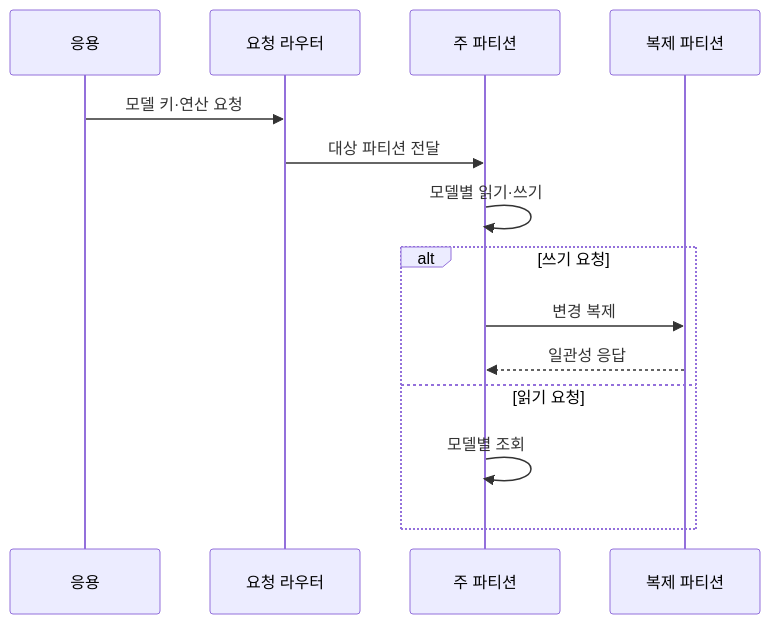
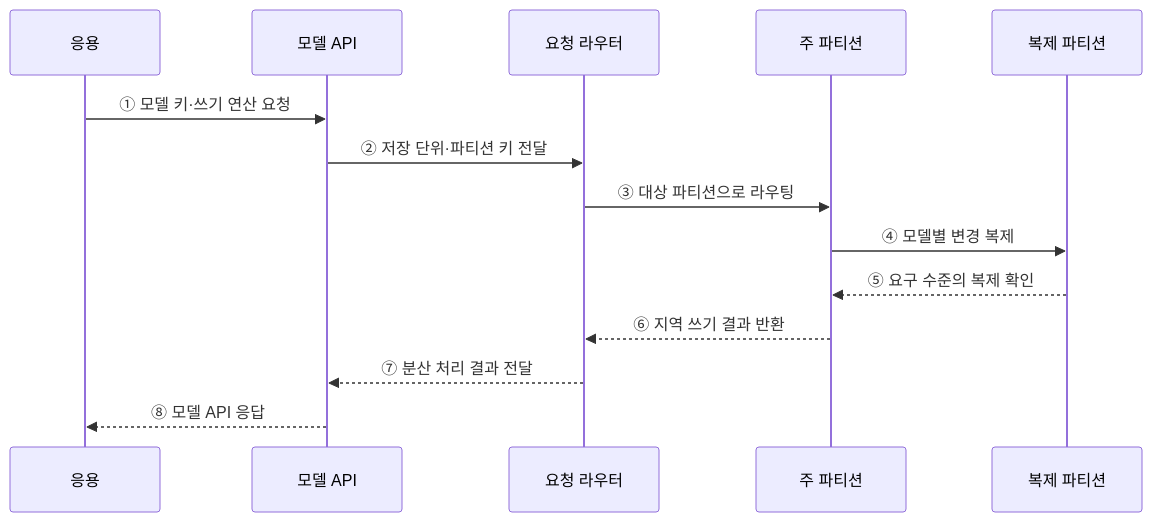
One commit to agnusdei1207/knowledge-base changed the second of 2 diagrams in src/content/docs/notes/03-software/102_nosql_types.md. Above: the diagram before and after it, drawn with Mermaid. The commit also changed other lines of this file and 20 other files, not shown here.

````diff
--- a/src/content/docs/notes/03-software/102_nosql_types.md
+++ b/src/content/docs/notes/03-software/102_nosql_types.md
@@ -82,16 +71,16 @@
 ```mermaid
 sequenceDiagram
     participant A as 응용
+    participant D as 모델 API
     participant R as 요청 라우터
     participant P as 주 파티션
     participant S as 복제 파티션
-    A->>R: 모델 키·연산 요청
-    R->>P: 대상 파티션 전달
-    P->>P: 모델별 읽기·쓰기
-    alt 쓰기 요청
-        P->>S: 변경 복제
-        S-->>P: 일관성 응답
-    else 읽기 요청
-        P->>P: 모델별 조회
-    end
+    A->>D: ① 모델 키·쓰기 연산 요청
+    D->>R: ② 저장 단위·파티션 키 전달
+    R->>P: ③ 대상 파티션으로 라우팅
+    P->>S: ④ 모델별 변경 복제
+    S-->>P: ⑤ 요구 수준의 복제 확인
+    P-->>R: ⑥ 지역 쓰기 결과 반환
+    R-->>D: ⑦ 분산 처리 결과 전달
+    D-->>A: ⑧ 모델 API 응답
 ```
````
